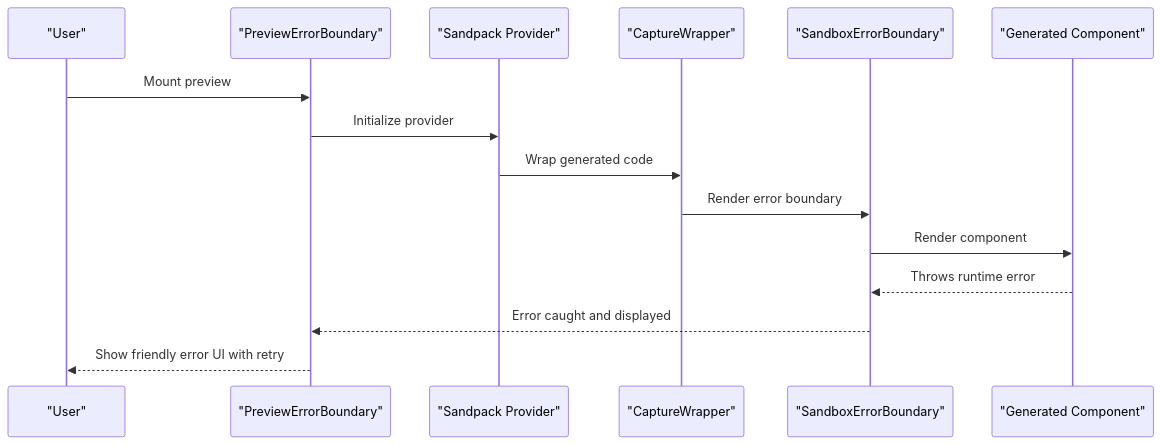
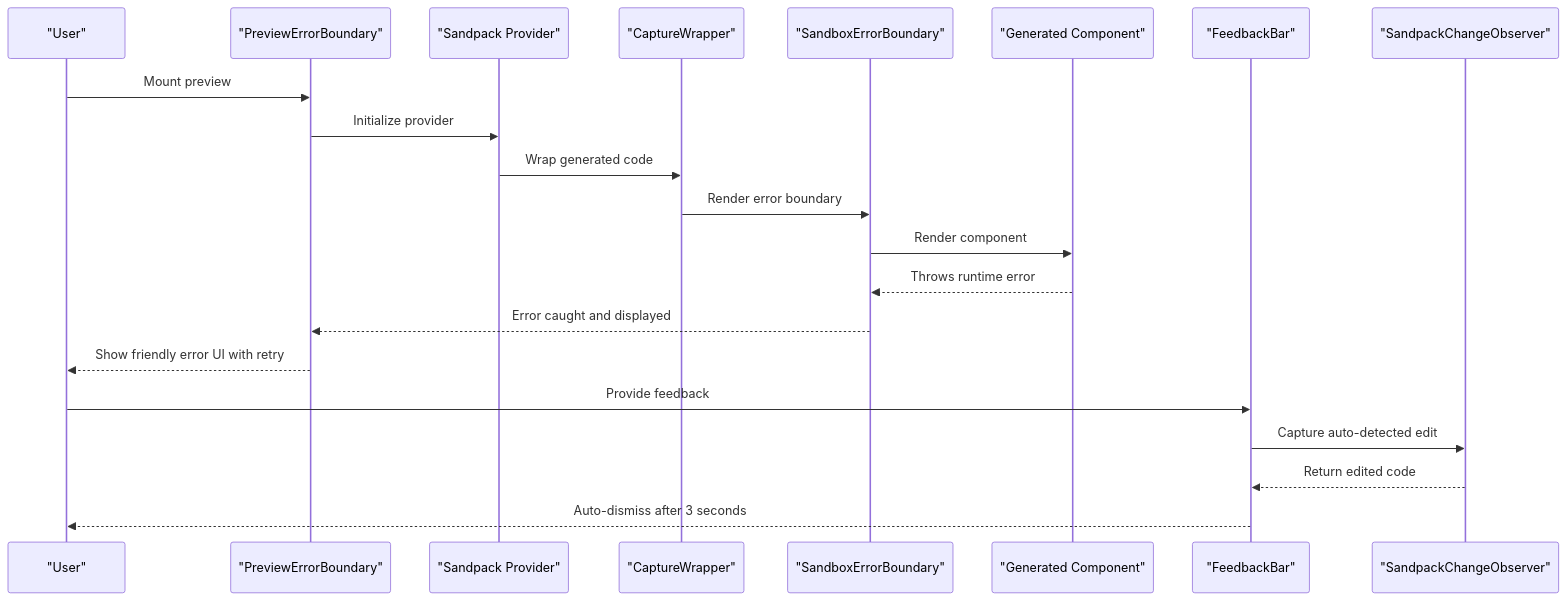
Before and after one commit to shekhargiri005-dotcom/AI-powered-accessibility-first-UI-engine: the second of 9 diagrams in .qoder/repowiki/en/content/Sandbox Error Boundary.md, drawn with Mermaid. The commit also changed other lines of this file and 3 other files, not shown here.

````diff
--- a/.qoder/repowiki/en/content/Sandbox Error Boundary.md
+++ b/.qoder/repowiki/en/content/Sandbox Error Boundary.md
@@ -85,17 +112,23 @@
 ```mermaid
 sequenceDiagram
 participant User as "User"
 participant Preview as "PreviewErrorBoundary"
 participant Sandpack as "Sandpack Provider"
 participant Wrapper as "CaptureWrapper"
 participant SandboxEB as "SandboxErrorBoundary"
 participant GenCode as "Generated Component"
+participant FeedbackBar as "FeedbackBar"
+participant SCOB as "SandpackChangeObserver"
 User->>Preview : Mount preview
 Preview->>Sandpack : Initialize provider
 Sandpack->>Wrapper : Wrap generated code
 Wrapper->>SandboxEB : Render error boundary
 SandboxEB->>GenCode : Render component
 GenCode-->>SandboxEB : Throws runtime error
 SandboxEB-->>Preview : Error caught and displayed
 Preview-->>User : Show friendly error UI with retry
+User->>FeedbackBar : Provide feedback
+FeedbackBar->>SCOB : Capture auto-detected edit
+SCOB-->>FeedbackBar : Return edited code
+FeedbackBar-->>User : Auto-dismiss after 3 seconds
 ```
````
